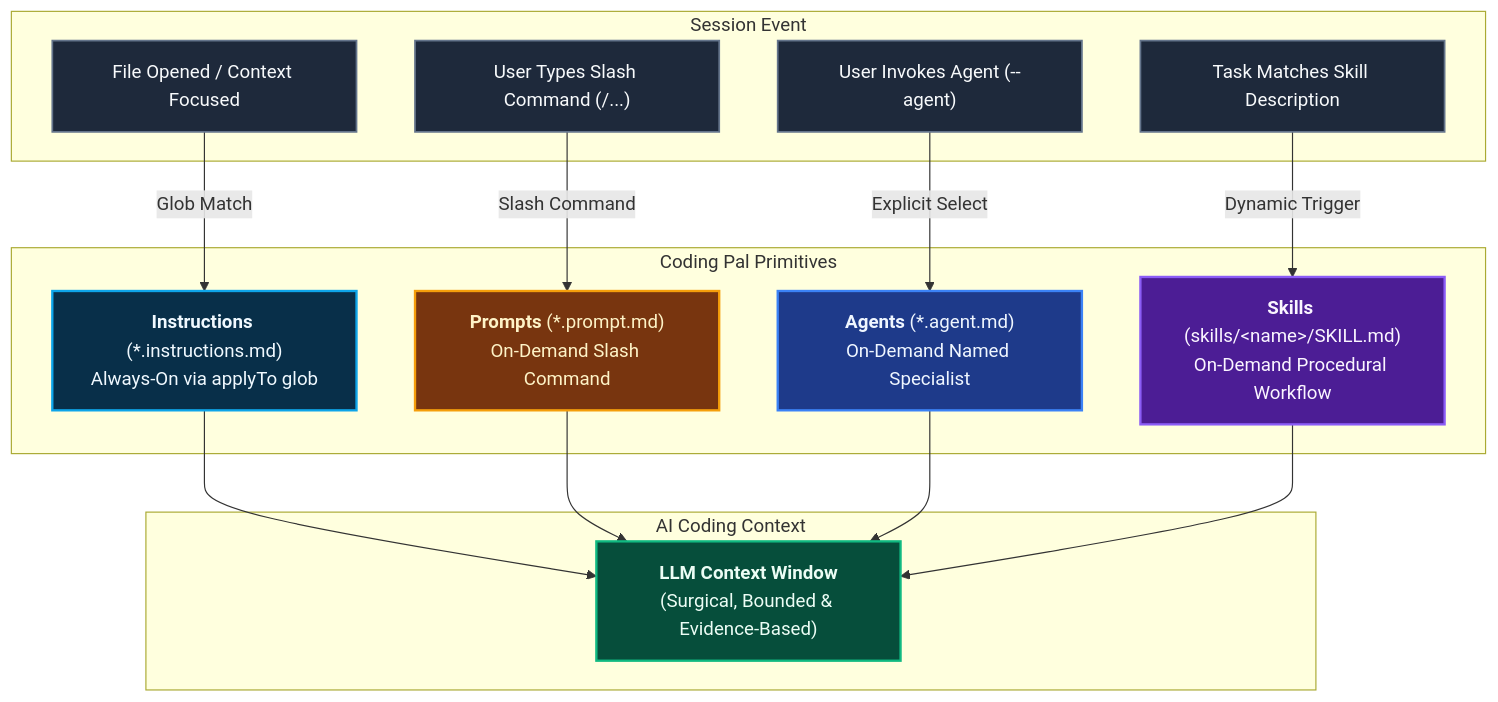
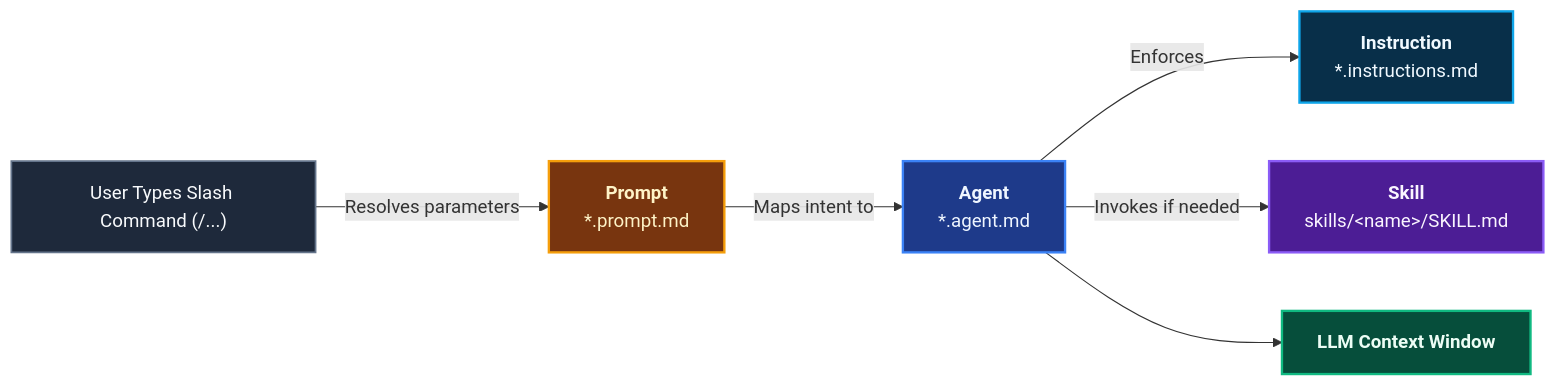
One commit to ALTEN-group/coding-pal changed the second of 6 diagrams in website/docs/guide/persistent-context.md. Above: the diagram before and after it, drawn with Mermaid. The commit also changed other lines of this file, not shown here.

Commit message:
feat: enhance persistent context documentation with detailed event flowcharts and loading mechanisms

````diff
--- a/website/docs/guide/persistent-context.md
+++ b/website/docs/guide/persistent-context.md
@@ -9,42 +34,25 @@
 ```mermaid
 ---
-caption: Persistent Context Loading Mechanism
+caption: On-Demand Prompt Loading
 ---
-flowchart TD
-    subgraph Trigger ["Session Event"]
-        E1["File Opened / Context Focused"]
-        E2["User Types Slash Command (/...)"]
-        E3["User Invokes Agent (--agent)"]
-        E4["Task Matches Skill Description"]
-    end
-
-    subgraph Catalog ["Coding Pal Primitives"]
-        I["<b>Instructions</b> (*.instructions.md)<br/>Always-On via applyTo glob"]
-        P["<b>Prompts</b> (*.prompt.md)<br/>On-Demand Slash Command"]
-        A["<b>Agents</b> (*.agent.md)<br/>On-Demand Named Specialist"]
-        S["<b>Skills</b> (skills/&lt;name&gt;/SKILL.md)<br/>On-Demand Procedural Workflow"]
-    end
-
-    subgraph Execution ["AI Coding Context"]
-        CTX["<b>LLM Context Window</b><br/>(Surgical, Bounded & Evidence-Based)"]
-    end
-
-    E1 -->|Glob Match| I --> CTX
-    E2 -->|Slash Command| P --> CTX
-    E3 -->|Explicit Select| A --> CTX
-    E4 -->|Dynamic Trigger| S --> CTX
+flowchart LR
+    E2["User Types Slash Command (/...)"] -->|"Resolves parameters"| P["<b>Prompt</b><br/>*.prompt.md"]
+    P -->|"Maps intent to"| A["<b>Agent</b><br/>*.agent.md"]
+    A -->|"Enforces"| I["<b>Instruction</b><br/>*.instructions.md"]
+    A -->|"Invokes if needed"| S["<b>Skill</b><br/>skills/&lt;name&gt;/SKILL.md"]
+    A --> CTX["<b>LLM Context Window</b>"]
 
     classDef instruction fill:#082f49,stroke:#0ea5e9,stroke-width:2px,color:#f0f9ff;
     classDef agent fill:#1e3a8a,stroke:#3b82f6,stroke-width:2px,color:#eff6ff;
     classDef skill fill:#4c1d95,stroke:#8b5cf6,stroke-width:2px,color:#faf5ff;
     classDef prompt fill:#78350f,stroke:#f59e0b,stroke-width:2px,color:#fef3c7;
     classDef execution fill:#064e3b,stroke:#10b981,stroke-width:2px,color:#ecfdf5;
     classDef event fill:#1e293b,stroke:#64748b,stroke-width:1.5px,color:#f8fafc;
 
     class I instruction;
     class P prompt;
     class A agent;
     class S skill;
     class CTX execution;
-    class E1,E2,E3,E4 event;
+    class E2 event;
 ```
````
